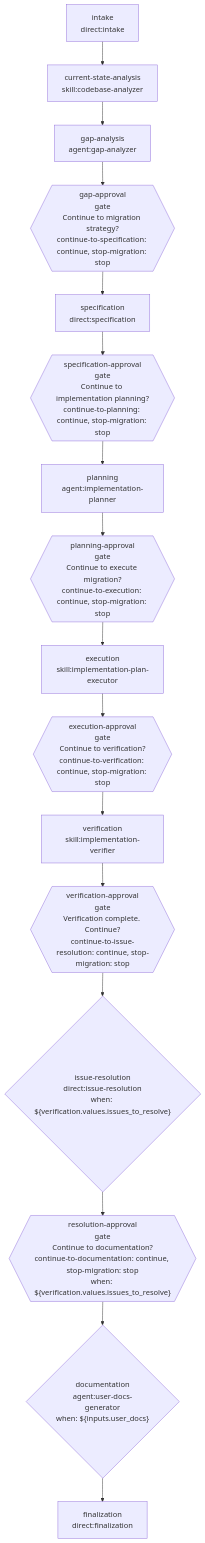
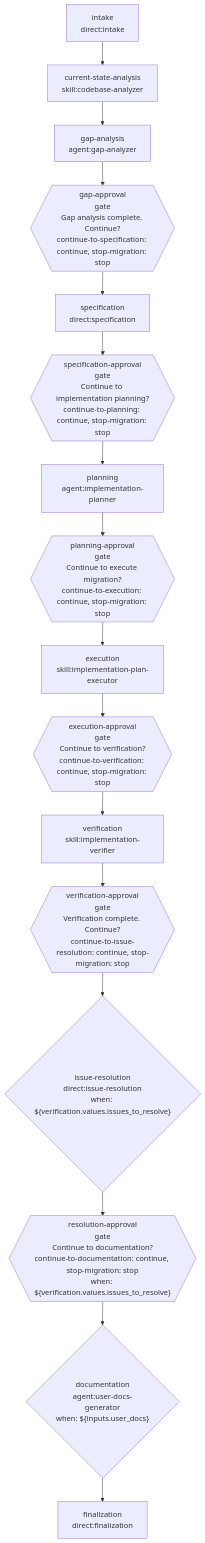
The diagram in plugins/maister/skills/workflow-engine/workflows/migration.mmd (SkillPanel/maister), drawn with Mermaid before and after one commit. The commit also changed 5 other files, not shown here.

Commit message:
Name no missing stage in the migration gap gate (#271)

```diff
--- a/plugins/maister/skills/workflow-engine/workflows/migration.mmd
+++ b/plugins/maister/skills/workflow-engine/workflows/migration.mmd
@@ -1,38 +1,38 @@
 %% generated from the workflow definition — regenerate, do not edit
 %% workflow: migration
-%% graph_hash: sha256:3e4ddff103937c38118f1c570e8a0c5a4643e1283d64d268938c9fb5cc62cda9
+%% graph_hash: sha256:d7e61cfd8248712bbe90beffa2b7bc36b239c0ce12f6547112b03a7aae1c252a
 
 flowchart TD
   n_intake["intake<br/>direct:intake"]
   n_current_state_analysis["current-state-analysis<br/>skill:codebase-analyzer"]
   n_gap_analysis["gap-analysis<br/>agent:gap-analyzer"]
-  n_gap_approval{{"gap-approval<br/>gate<br/>Continue to migration strategy?<br/>continue-to-specification: continue, stop-migration: stop"}}
+  n_gap_approval{{"gap-approval<br/>gate<br/>Gap analysis complete. Continue?<br/>continue-to-specification: continue, stop-migration: stop"}}
   n_specification["specification<br/>direct:specification"]
   n_specification_approval{{"specification-approval<br/>gate<br/>Continue to implementation planning?<br/>continue-to-planning: continue, stop-migration: stop"}}
   n_planning["planning<br/>agent:implementation-planner"]
   n_planning_approval{{"planning-approval<br/>gate<br/>Continue to execute migration?<br/>continue-to-execution: continue, stop-migration: stop"}}
   n_execution["execution<br/>skill:implementation-plan-executor"]
   n_execution_approval{{"execution-approval<br/>gate<br/>Continue to verification?<br/>continue-to-verification: continue, stop-migration: stop"}}
   n_verification["verification<br/>skill:implementation-verifier"]
   n_verification_approval{{"verification-approval<br/>gate<br/>Verification complete. Continue?<br/>continue-to-issue-resolution: continue, stop-migration: stop"}}
   n_issue_resolution{"issue-resolution<br/>direct:issue-resolution<br/>when: ${verification.values.issues_to_resolve}"}
   n_resolution_approval{{"resolution-approval<br/>gate<br/>Continue to documentation?<br/>continue-to-documentation: continue, stop-migration: stop<br/>when: ${verification.values.issues_to_resolve}"}}
   n_documentation{"documentation<br/>agent:user-docs-generator<br/>when: ${inputs.user_docs}"}
   n_finalization["finalization<br/>direct:finalization"]
   n_intake --> n_current_state_analysis
   n_current_state_analysis --> n_gap_analysis
   n_gap_analysis --> n_gap_approval
   n_gap_approval --> n_specification
   n_specification --> n_specification_approval
   n_specification_approval --> n_planning
   n_planning --> n_planning_approval
   n_planning_approval --> n_execution
   n_execution --> n_execution_approval
   n_execution_approval --> n_verification
   n_verification --> n_verification_approval
   n_verification_approval --> n_issue_resolution
   n_issue_resolution --> n_resolution_approval
   n_resolution_approval --> n_documentation
   n_documentation --> n_finalization
   class n_gap_approval,n_specification_approval,n_planning_approval,n_execution_approval,n_verification_approval,n_resolution_approval gate
   class n_issue_resolution,n_resolution_approval,n_documentation conditional
```
